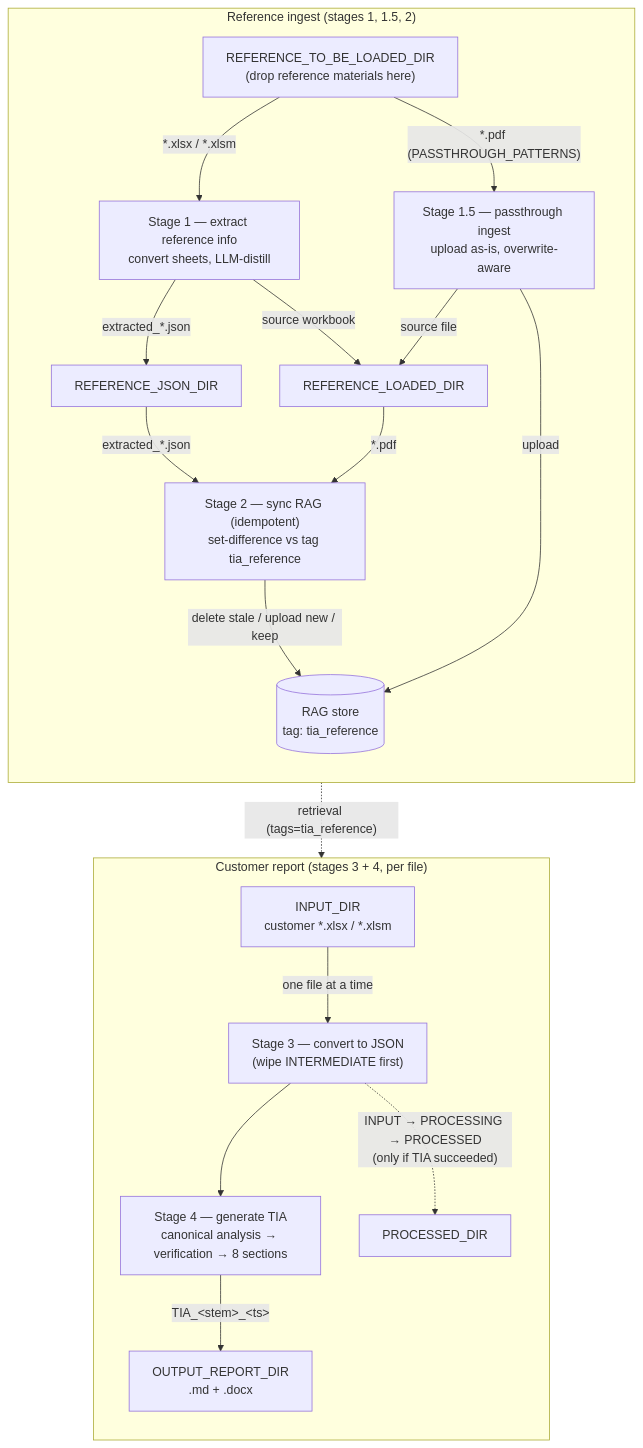
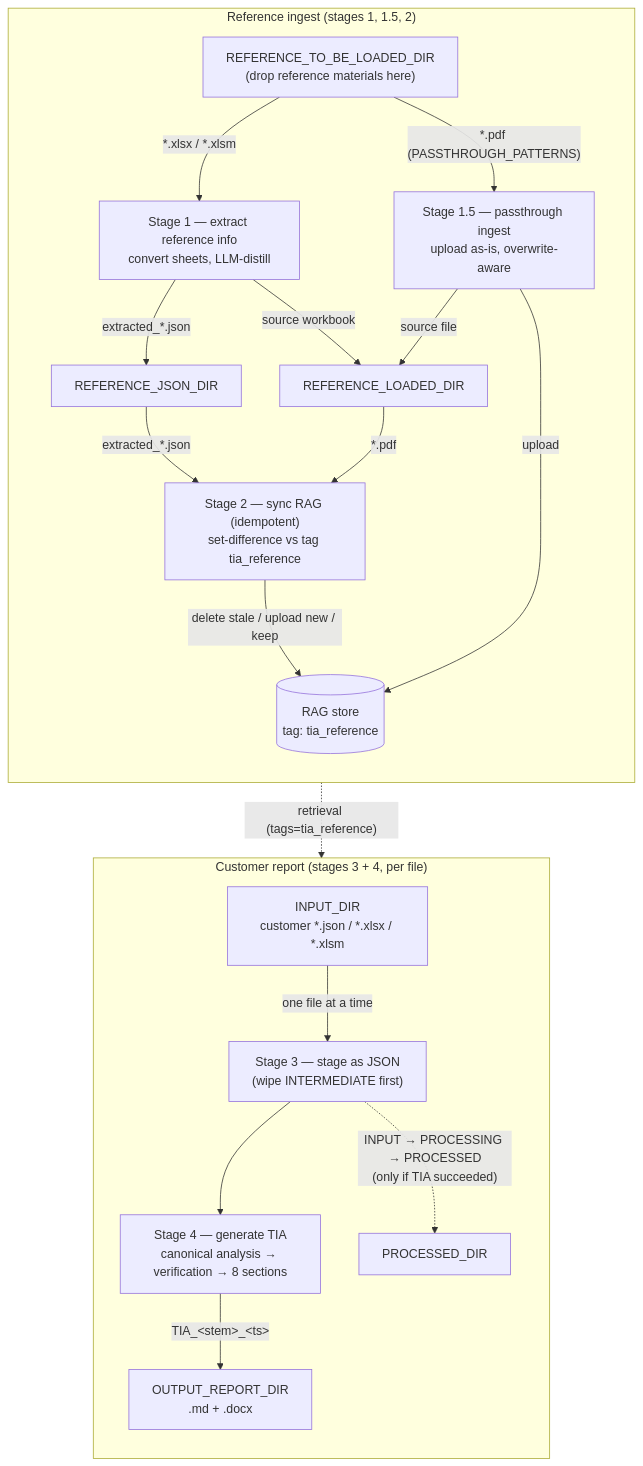
Before and after one commit to alfredlauyongfu/OnlineTIA: the second of 2 diagrams in README.md, drawn with Mermaid. The commit also changed other lines of this file and 18 other files, not shown here.

````diff
--- a/README.md
+++ b/README.md
@@ -32,27 +32,27 @@
 ```mermaid
 flowchart TD
     subgraph REF["Reference ingest (stages 1, 1.5, 2)"]
         direction TB
         TBL["REFERENCE_TO_BE_LOADED_DIR<br/>(drop reference materials here)"]
         TBL -->|"*.xlsx / *.xlsm"| S1["Stage 1 — extract reference info<br/>convert sheets, LLM-distill"]
         TBL -->|"*.pdf (PASSTHROUGH_PATTERNS)"| S15["Stage 1.5 — passthrough ingest<br/>upload as-is, overwrite-aware"]
         S1 -->|"extracted_*.json"| RJ["REFERENCE_JSON_DIR"]
         S1 -->|"source workbook"| RL["REFERENCE_LOADED_DIR"]
         S15 -->|"source file"| RL
         RJ -->|"extracted_*.json"| S2["Stage 2 — sync RAG (idempotent)<br/>set-difference vs tag tia_reference"]
         RL -->|"*.pdf"| S2
         S15 -->|"upload"| RAG[("RAG store<br/>tag: tia_reference")]
         S2 -->|"delete stale / upload new / keep"| RAG
     end
 
     subgraph CUST["Customer report (stages 3 + 4, per file)"]
         direction TB
-        IN["INPUT_DIR<br/>customer *.xlsx / *.xlsm"]
-        IN -->|"one file at a time"| S3["Stage 3 — convert to JSON<br/>(wipe INTERMEDIATE first)"]
+        IN["INPUT_DIR<br/>customer *.json / *.xlsx / *.xlsm"]
+        IN -->|"one file at a time"| S3["Stage 3 — stage as JSON<br/>(wipe INTERMEDIATE first)"]
         S3 --> S4["Stage 4 — generate TIA<br/>canonical analysis → verification → 8 sections"]
         S4 -->|"TIA_&lt;stem&gt;_&lt;ts&gt;"| OUT["OUTPUT_REPORT_DIR<br/>.md + .docx"]
         S3 -.->|"INPUT → PROCESSING → PROCESSED<br/>(only if TIA succeeded)"| PROC["PROCESSED_DIR"]
     end
 
     RAG -. "retrieval (tags=tia_reference)" .-> S4
 ```
````
